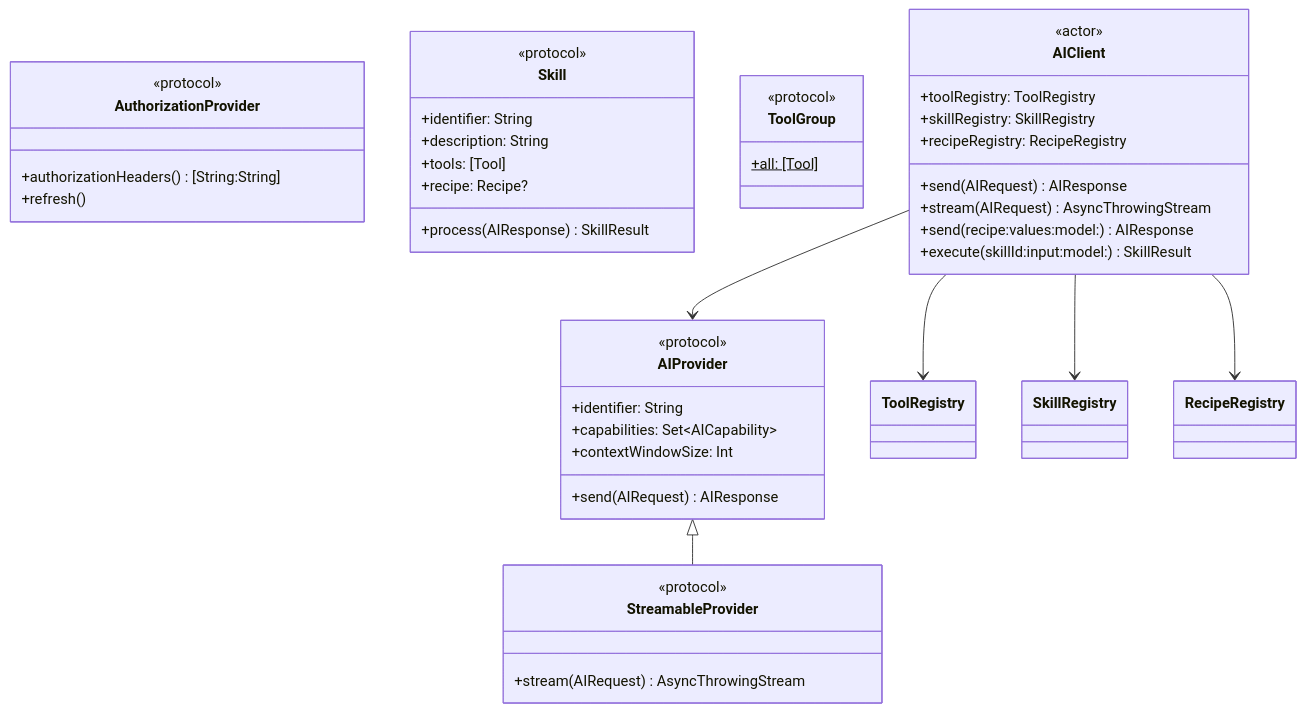
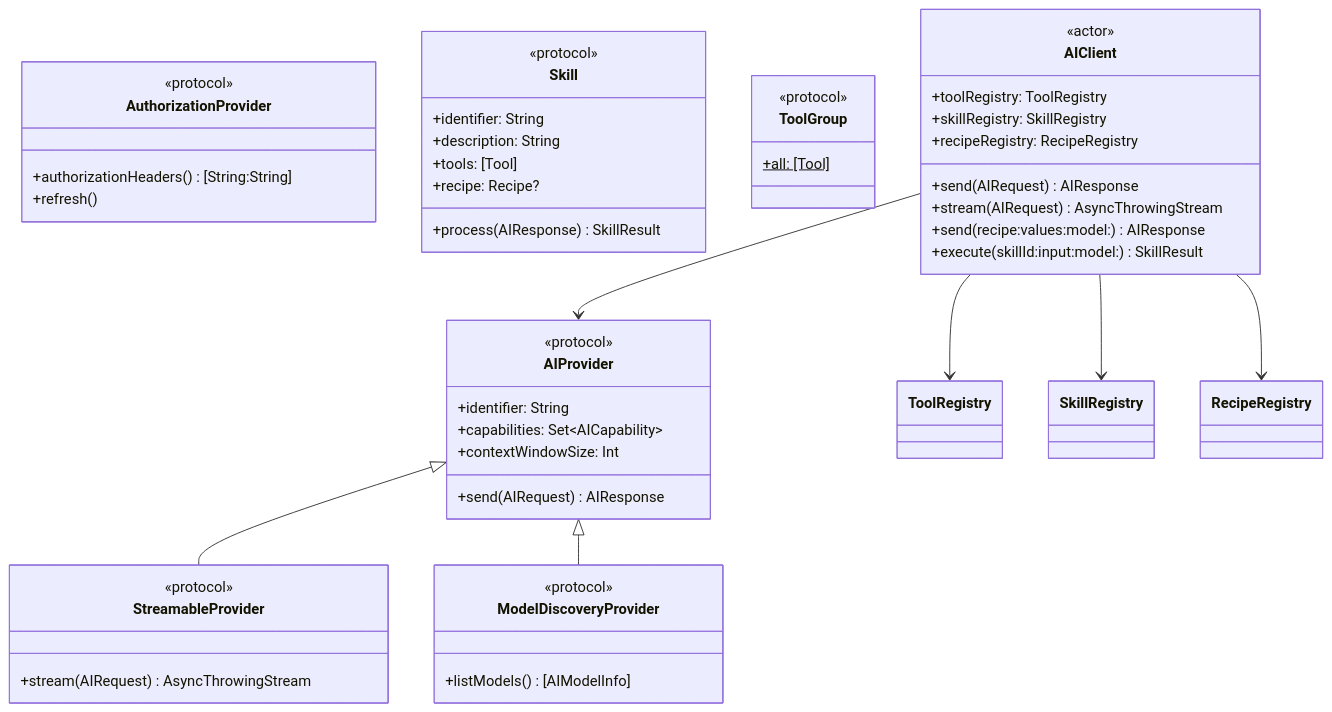
The second of 10 diagrams in Documentation/Architecture.md (molayab/swift-ai-provider-kit), drawn with Mermaid before and after one commit. The commit also changed other lines of this file and 47 other files, not shown here.

First line of the commit message:
Add OpenAIProvider — Chat Completions API with dynamic model discovery (#9)

````diff
--- a/Documentation/Architecture.md
+++ b/Documentation/Architecture.md
@@ -63,52 +60,58 @@
 ```mermaid
 classDiagram
     class AIProvider {
         <<protocol>>
         +identifier: String
         +capabilities: Set~AICapability~
         +contextWindowSize: Int
         +send(AIRequest) AIResponse
     }
 
     class StreamableProvider {
         <<protocol>>
         +stream(AIRequest) AsyncThrowingStream
+    }
+
+    class ModelDiscoveryProvider {
+        <<protocol>>
+        +listModels() [AIModelInfo]
     }
 
     class AuthorizationProvider {
         <<protocol>>
         +authorizationHeaders() [String:String]
         +refresh()
     }
 
     class Skill {
         <<protocol>>
         +identifier: String
         +description: String
         +tools: [Tool]
         +recipe: Recipe?
         +process(AIResponse) SkillResult
     }
 
     class ToolGroup {
         <<protocol>>
         +all: [Tool]$
     }
 
     class AIClient {
         <<actor>>
         +toolRegistry: ToolRegistry
         +skillRegistry: SkillRegistry
         +recipeRegistry: RecipeRegistry
         +send(AIRequest) AIResponse
         +stream(AIRequest) AsyncThrowingStream
         +send(recipe:values:model:) AIResponse
         +execute(skillId:input:model:) SkillResult
     }
 
     AIProvider <|-- StreamableProvider
+    AIProvider <|-- ModelDiscoveryProvider
     AIClient --> AIProvider
     AIClient --> ToolRegistry
     AIClient --> SkillRegistry
     AIClient --> RecipeRegistry
 ```
````
